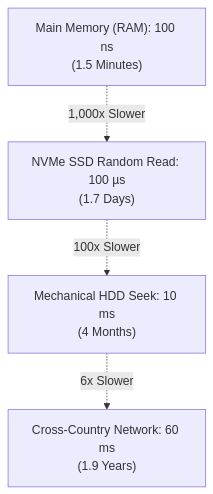
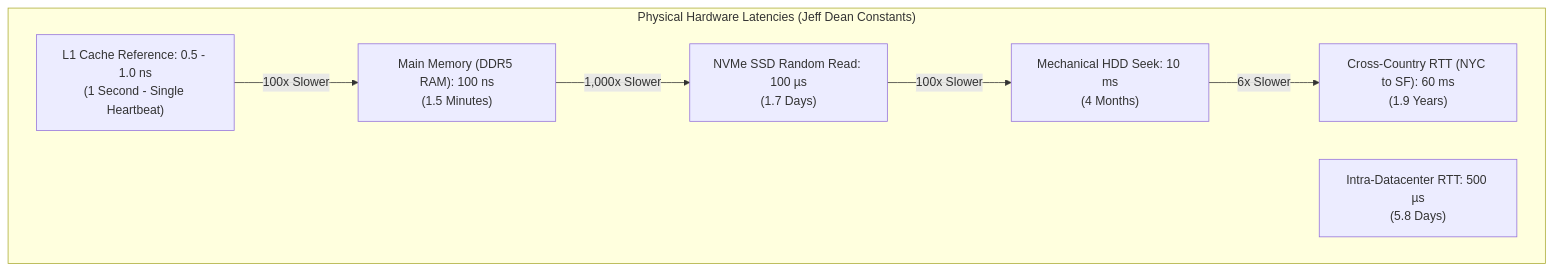
Before and after one commit to weaponxwolf/backend-engineering-mastry: the first of 6 diagrams in docs/system-design/capacity-estimation.mdx, drawn with Mermaid. The commit also changed other lines of this file and 16 other files, not shown here.

````diff
--- a/docs/system-design/capacity-estimation.mdx
+++ b/docs/system-design/capacity-estimation.mdx
@@ -42,11 +26,16 @@
 ```mermaid
 graph TD
-    RAM["Main Memory (RAM): 100 ns<br/>(1.5 Minutes)"]
-    SSD["NVMe SSD Random Read: 100 µs<br/>(1.7 Days)"]
-    NET["Cross-Country Network: 60 ms<br/>(1.9 Years)"]
-    HDD["Mechanical HDD Seek: 10 ms<br/>(4 Months)"]
+    subgraph Silicon ["Physical Hardware Latencies (Jeff Dean Constants)"]
+        L1["L1 Cache Reference: 0.5 - 1.0 ns<br/>(1 Second - Single Heartbeat)"]
+        RAM["Main Memory (DDR5 RAM): 100 ns<br/>(1.5 Minutes)"]
+        NVMe["NVMe SSD Random Read: 100 µs<br/>(1.7 Days)"]
+        HDD["Mechanical HDD Seek: 10 ms<br/>(4 Months)"]
+        NET_DC["Intra-Datacenter RTT: 500 µs<br/>(5.8 Days)"]
+        NET_WAN["Cross-Country RTT (NYC to SF): 60 ms<br/>(1.9 Years)"]
+    end
 
-    RAM -.->|1,000x Slower| SSD
-    SSD -.->|100x Slower| HDD
-    HDD -.->|6x Slower| NET
+    L1 -->|100x Slower| RAM
+    RAM -->|1,000x Slower| NVMe
+    NVMe -->|100x Slower| HDD
+    HDD -->|6x Slower| NET_WAN
 ```
````
